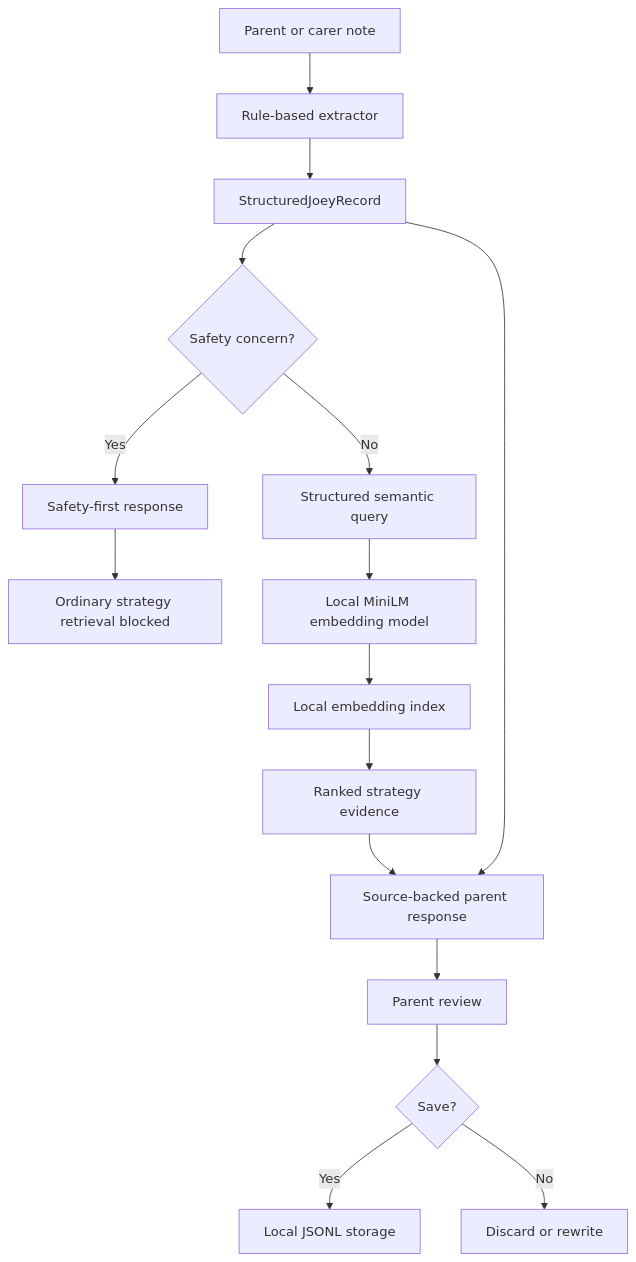
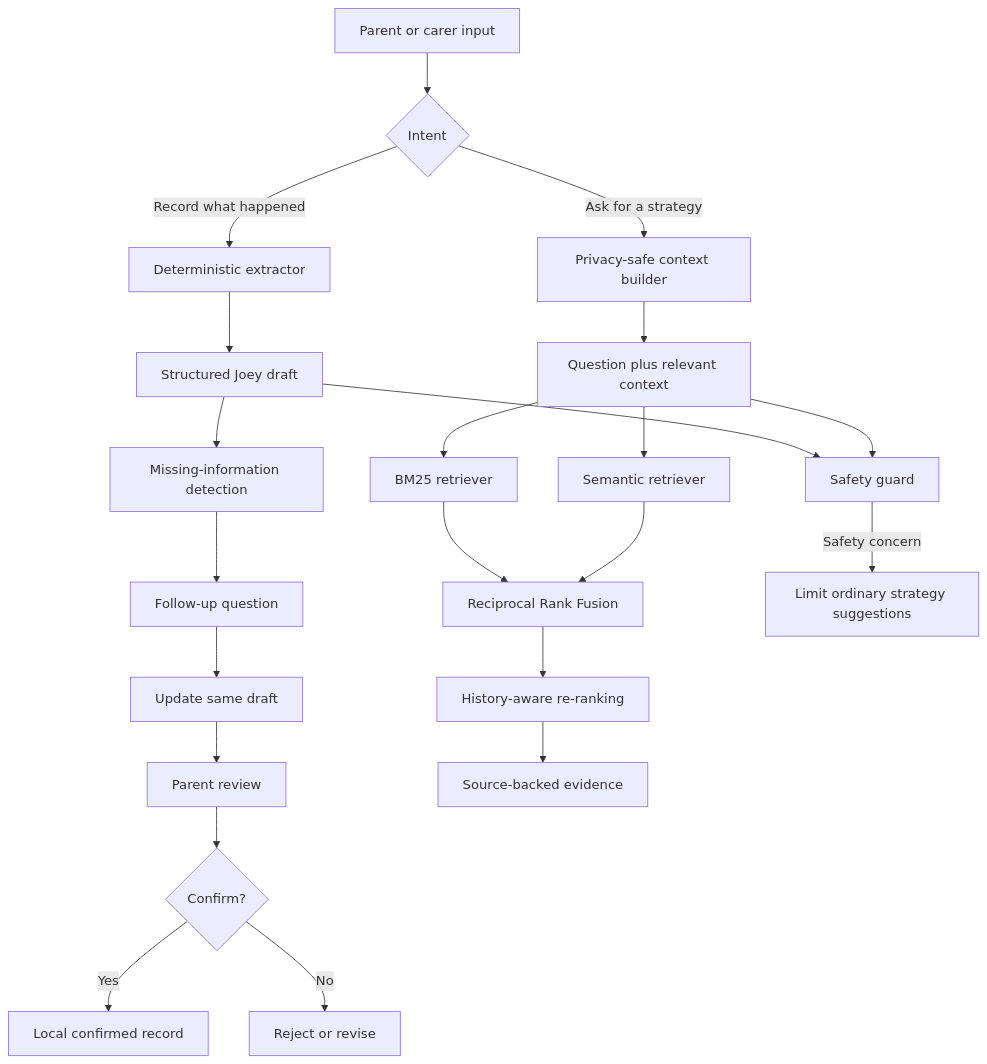
One commit to MahadevPradeepMenon/Chatbot_Joey changed the diagram in README.md. Above: the diagram before and after it, drawn with Mermaid. The commit also changed other lines of this file, not shown here.

Commit message:
Update README for final Hey Joey architecture

````diff
--- a/README.md
+++ b/README.md
@@ -67,21 +182,27 @@
 ```mermaid
 flowchart TD
-    A[Parent or carer note] --> B[Rule-based extractor]
-    B --> C[StructuredJoeyRecord]
-    C --> D{Safety concern?}
+    A[Parent or carer input] --> B{Intent}
 
-    D -->|Yes| E[Safety-first response]
-    E --> F[Ordinary strategy retrieval blocked]
+    B -->|Record what happened| C[Deterministic extractor]
+    C --> D[Structured Joey draft]
+    D --> E[Missing-information detection]
+    E --> F[Follow-up question]
+    F --> G[Update same draft]
+    G --> H[Parent review]
+    H --> I{Confirm?}
+    I -->|Yes| J[Local confirmed record]
+    I -->|No| K[Reject or revise]
 
-    D -->|No| G[Structured semantic query]
-    G --> H[Local MiniLM embedding model]
-    H --> I[Local embedding index]
-    I --> J[Ranked strategy evidence]
-    J --> K[Source-backed parent response]
+    B -->|Ask for a strategy| L[Privacy-safe context builder]
+    L --> M[Question plus relevant context]
+    M --> N[BM25 retriever]
+    M --> O[Semantic retriever]
+    N --> P[Reciprocal Rank Fusion]
+    O --> P
+    P --> Q[History-aware re-ranking]
+    Q --> R[Source-backed evidence]
 
-    C --> K
-    K --> L[Parent review]
-    L --> M{Save?}
-    M -->|Yes| N[Local JSONL storage]
-    M -->|No| O[Discard or rewrite]
+    D --> S[Safety guard]
+    M --> S
+    S -->|Safety concern| T[Limit ordinary strategy suggestions]
 ```
````
